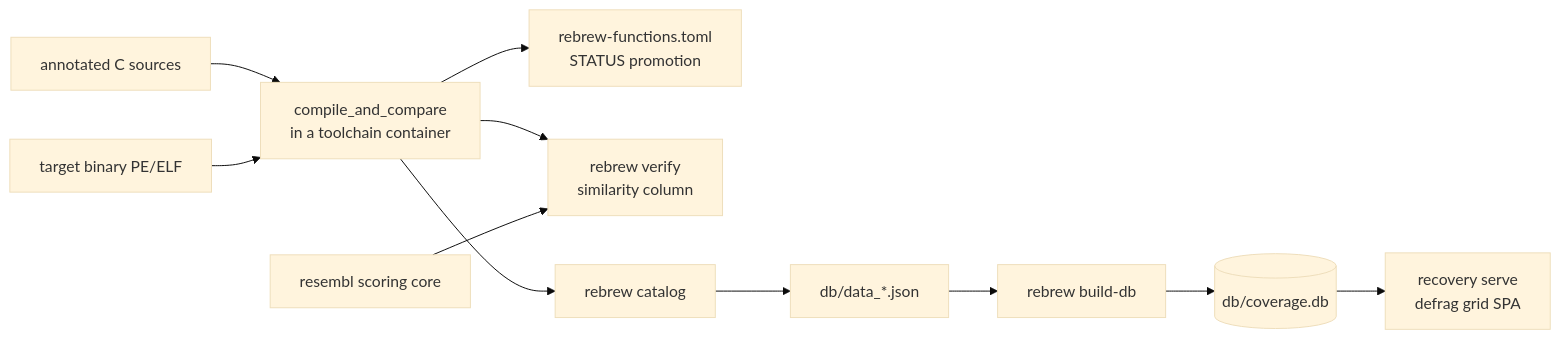
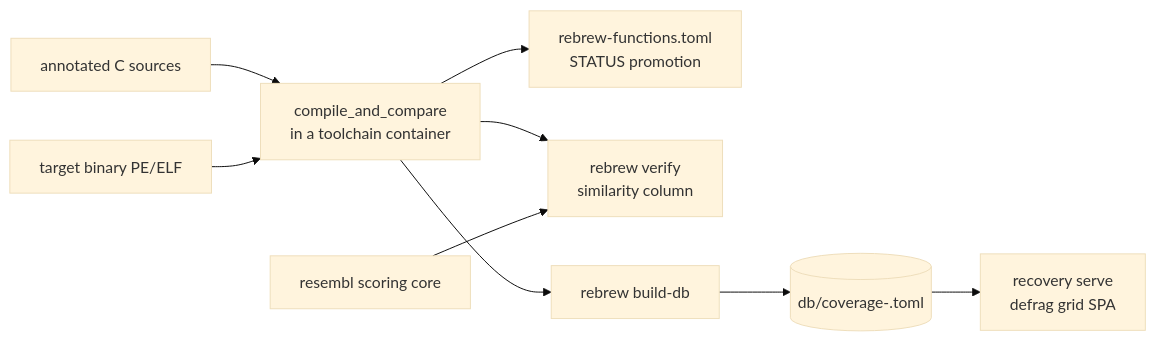
Before and after one commit to maci0/rebrew: the third of 3 diagrams in docs/ECOSYSTEM.md, drawn with Mermaid (base theme). The commit also changed other lines of this file and 132 other files, not shown here.

````diff
--- a/docs/ECOSYSTEM.md
+++ b/docs/ECOSYSTEM.md
@@ -326,13 +322,11 @@
 ```mermaid
 flowchart LR
     SRC["annotated C sources"] --> CMP["compile_and_compare<br/>in a toolchain container"]
     BIN["target binary PE/ELF"] --> CMP
     CMP --> MET["rebrew-functions.toml<br/>STATUS promotion"]
     CMP --> VFY["rebrew verify<br/>similarity column"]
     RES["resembl scoring core"] --> VFY
-    CMP --> CAT["rebrew catalog"]
-    CAT --> JSON["db/data_*.json"]
-    JSON --> BDB["rebrew build-db"]
-    BDB --> DB[("db/coverage.db")]
+    CMP --> BDB["rebrew build-db"]
+    BDB --> DB[("db/coverage-<target>.toml")]
     DB --> DASH["recovery serve<br/>defrag grid SPA"]
 ```
````
